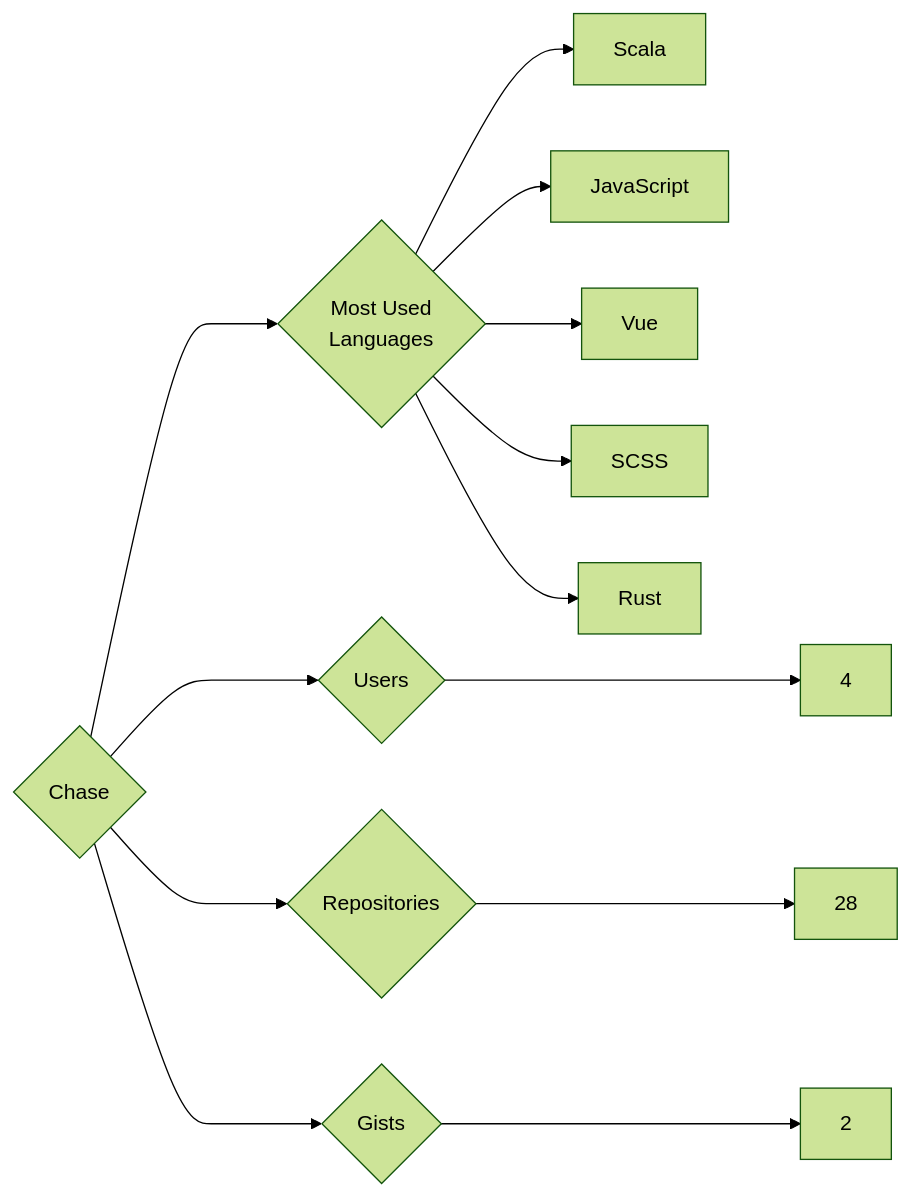
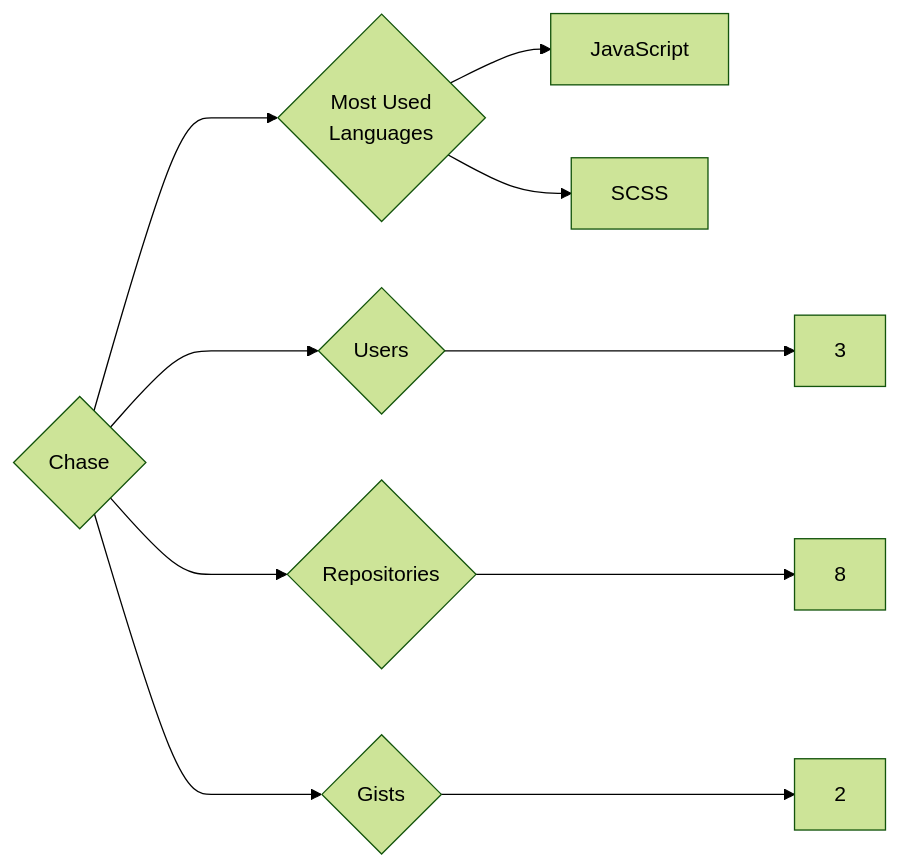
Before and after one commit to trickest/insiders: the diagram in targets/Chase/README.md, drawn with Mermaid (forest theme). The commit also changed 611 other files, not shown here.

````diff
--- a/targets/Chase/README.md
+++ b/targets/Chase/README.md
@@ -3,13 +3,10 @@
 ```mermaid
 graph LR
 COMPANY_NAME{Chase}
-COMPANY_NAME ---> U{Users} ---> UN[4]
-COMPANY_NAME ---> R{Repositories} ---> RN[28]
+COMPANY_NAME ---> U{Users} ---> UN[3]
+COMPANY_NAME ---> R{Repositories} ---> RN[8]
 COMPANY_NAME ---> G{Gists} ---> GN[2]
 COMPANY_NAME ---> ML{Most Used<br>Languages}
-ML --> Scala[Scala]
 ML --> JavaScript[JavaScript]
-ML --> Vue[Vue]
 ML --> SCSS[SCSS]
-ML --> Rust[Rust]
 ```
````
